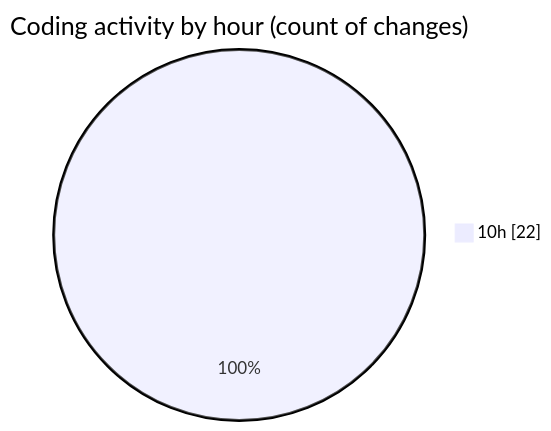
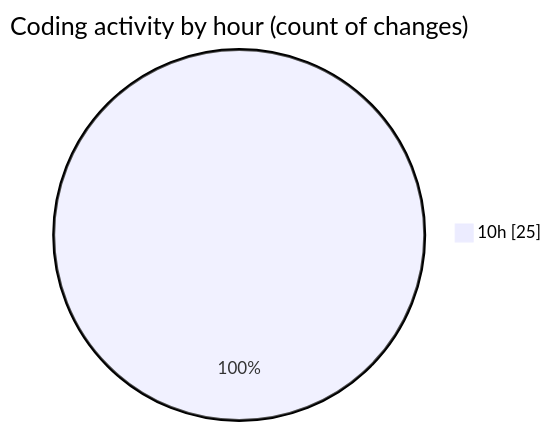
Before and after one commit to momahboobian/code-tracking: the second of 2 diagrams in 2025-02-10/cda/README.md, drawn with Mermaid. The commit also changed other lines of this file and 1 other file, not shown here.

````diff
--- a/2025-02-10/cda/README.md
+++ b/2025-02-10/cda/README.md
@@ -32,5 +32,5 @@
 ```mermaid
 pie showData
 title Coding activity by hour (count of changes)
-"10h" : 22
+"10h" : 25
 ```
````
